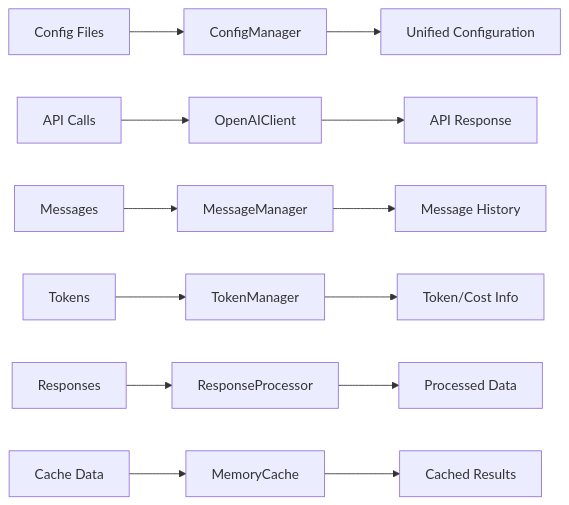
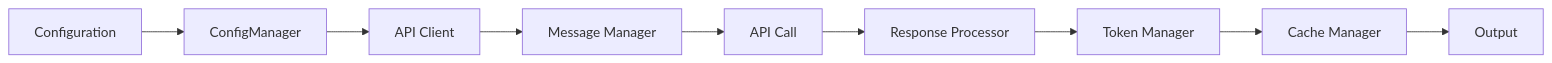
One commit to nakashima2toshio/anthropic_api_jp changed the first of 10 diagrams in doc/helper_api.md. Above: the diagram before and after it, drawn with Mermaid. The commit also changed other lines of this file and 12 other files, not shown here.

````diff
--- a/doc/helper_api.md
+++ b/doc/helper_api.md
@@ -36,15 +35,11 @@
 ```mermaid
 graph LR
-    A["Config Files"] --> B["ConfigManager"]
-    C["API Calls"] --> D["OpenAIClient"]
-    E["Messages"] --> F["MessageManager"]
-    G["Tokens"] --> H["TokenManager"]
-    I["Responses"] --> J["ResponseProcessor"]
-    K["Cache Data"] --> L["MemoryCache"]
-    B --> M["Unified Configuration"]
-    D --> N["API Response"]
-    F --> O["Message History"]
-    H --> P["Token/Cost Info"]
-    J --> Q["Processed Data"]
-    L --> R["Cached Results"]
+    A["Configuration"] --> B["ConfigManager"]
+    B --> C["API Client"]
+    C --> D["Message Manager"]
+    D --> E["API Call"]
+    E --> F["Response Processor"]
+    F --> G["Token Manager"]
+    G --> H["Cache Manager"]
+    H --> I["Output"]
 ```
````
